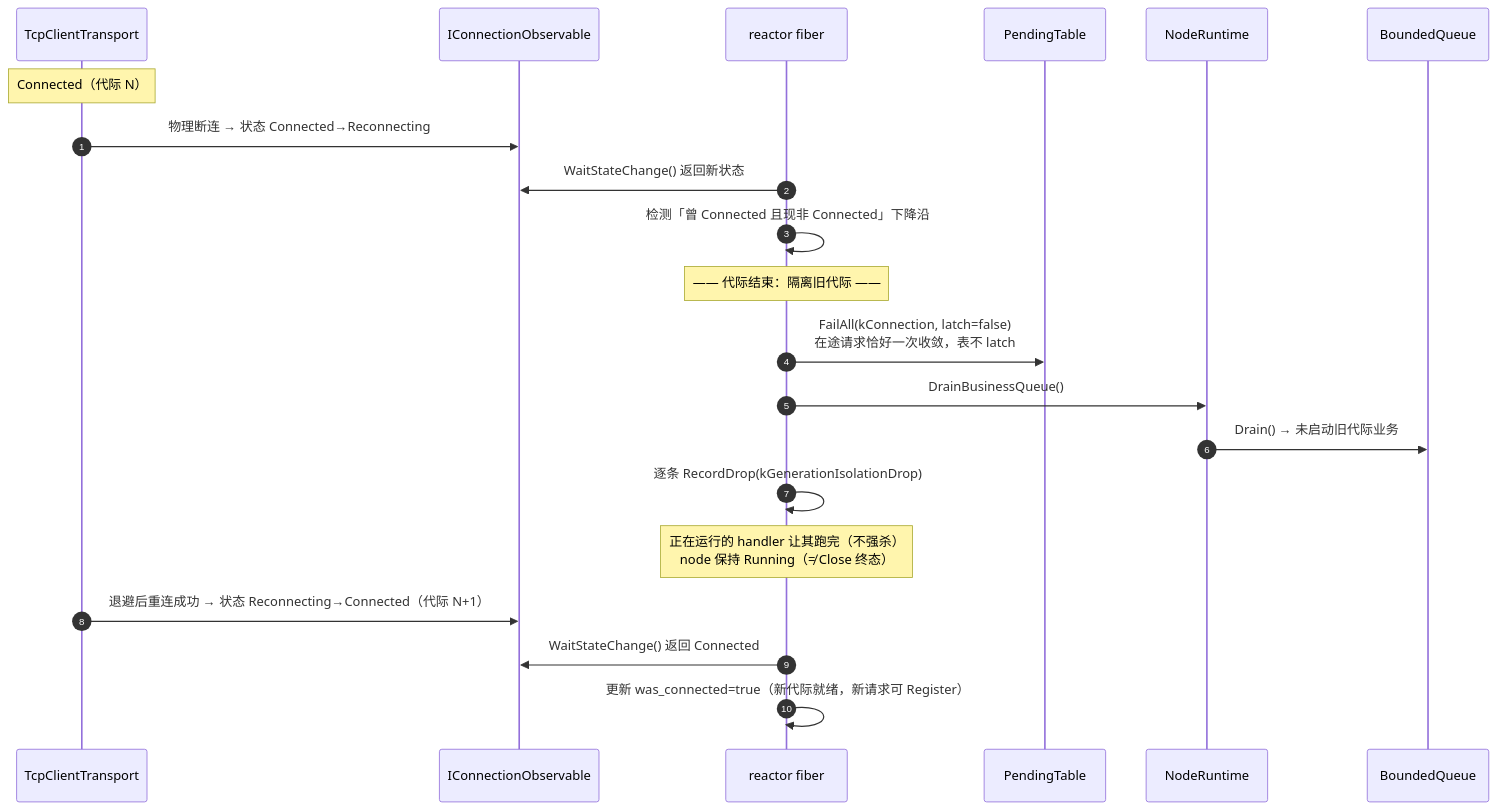
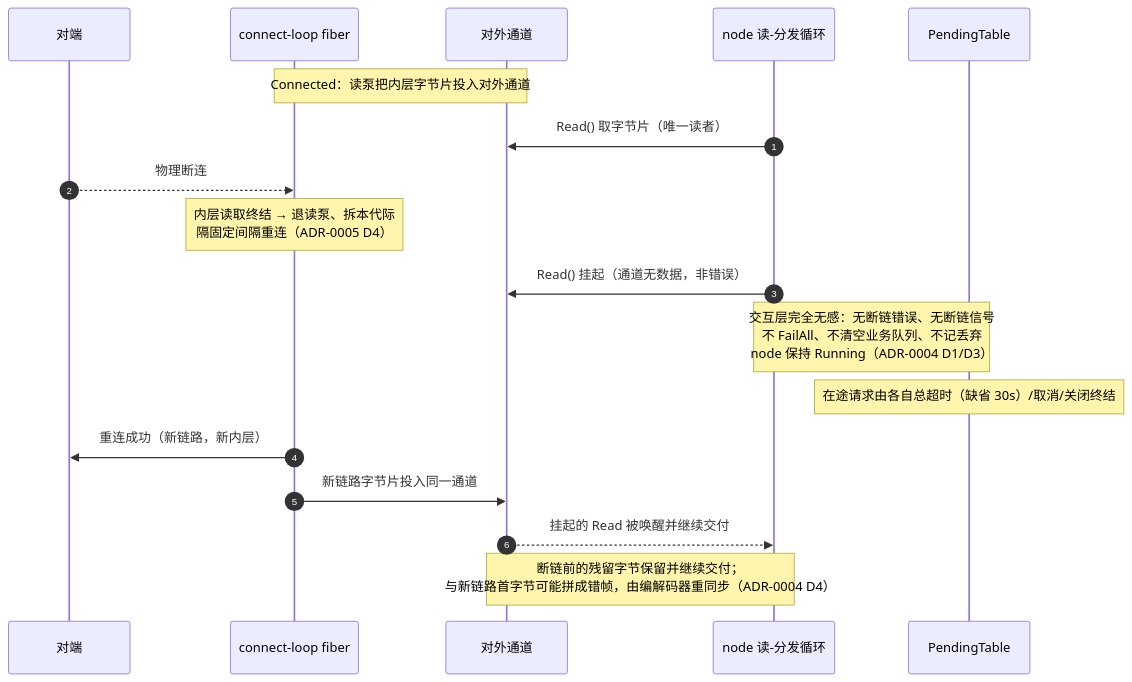
The diagram in docs/diagrams/seq-generation-isolation.mmd (Ste7an-cs/Transport), drawn with Mermaid before and after one commit. The commit also changed 11 other files, not shown here.

First line of the commit message:
docs: 同步 IConnectionObservable 删除(SDD/README/CHANGELOG/类图)

```diff
--- a/docs/diagrams/seq-generation-isolation.mmd
+++ b/docs/diagrams/seq-generation-isolation.mmd
@@ -1,23 +1,21 @@
 sequenceDiagram
     autonumber
-    participant CT as TcpClientTransport
-    participant OBS as IConnectionObservable
-    participant RX as reactor fiber
+    participant PEER as 对端
+    participant CL as connect-loop fiber
+    participant CH as 对外通道
+    participant RD as node 读-分发循环
     participant P as PendingTable
-    participant RT as NodeRuntime
-    participant BQ as BoundedQueue
 
-    Note over CT: Connected（代际 N）
-    CT->>OBS: 物理断连 → 状态 Connected→Reconnecting
-    RX->>OBS: WaitStateChange() 返回新状态
-    RX->>RX: 检测「曾 Connected 且现非 Connected」下降沿
-    Note over RX: —— 代际结束：隔离旧代际 ——
-    RX->>P: FailAll(kConnection, latch=false)<br/>在途请求恰好一次收敛，表不 latch
-    RX->>RT: DrainBusinessQueue()
-    RT->>BQ: Drain() → 未启动旧代际业务
-    RX->>RX: 逐条 RecordDrop(kGenerationIsolationDrop)
-    Note over RX: 正在运行的 handler 让其跑完（不强杀）<br/>node 保持 Running（≠ Close 终态）
+    Note over CL,CH: Connected：读泵把内层字节片投入对外通道
+    RD->>CH: Read() 取字节片（唯一读者）
 
-    CT->>OBS: 退避后重连成功 → 状态 Reconnecting→Connected（代际 N+1）
-    RX->>OBS: WaitStateChange() 返回 Connected
-    RX->>RX: 更新 was_connected=true（新代际就绪，新请求可 Register）
+    PEER-->>CL: 物理断连
+    Note over CL: 内层读取终结 → 退读泵、拆本代际<br/>隔固定间隔重连（ADR-0005 D4）
+    RD->>CH: Read() 挂起（通道无数据，非错误）
+    Note over RD,P: 交互层完全无感：无断链错误、无断链信号<br/>不 FailAll、不清空业务队列、不记丢弃<br/>node 保持 Running（ADR-0004 D1/D3）
+    Note over P: 在途请求由各自总超时（缺省 30s）/取消/关闭终结
+
+    CL->>PEER: 重连成功（新链路，新内层）
+    CL->>CH: 新链路字节片投入同一通道
+    CH-->>RD: 挂起的 Read 被唤醒并继续交付
+    Note over CH,RD: 断链前的残留字节保留并继续交付；<br/>与新链路首字节可能拼成错帧，由编解码器重同步（ADR-0004 D4）
```
